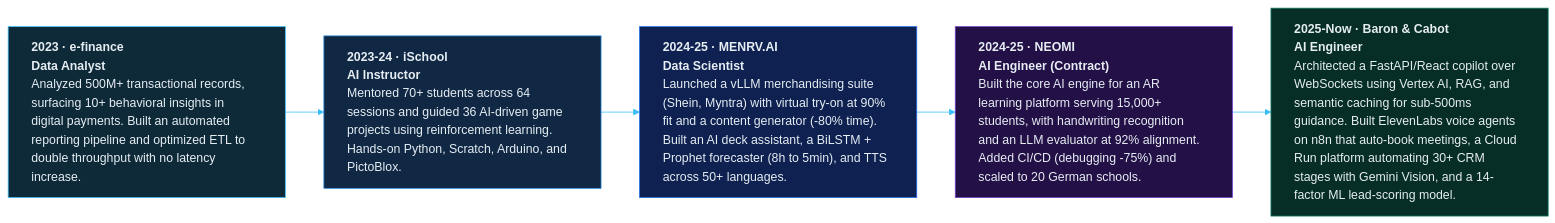
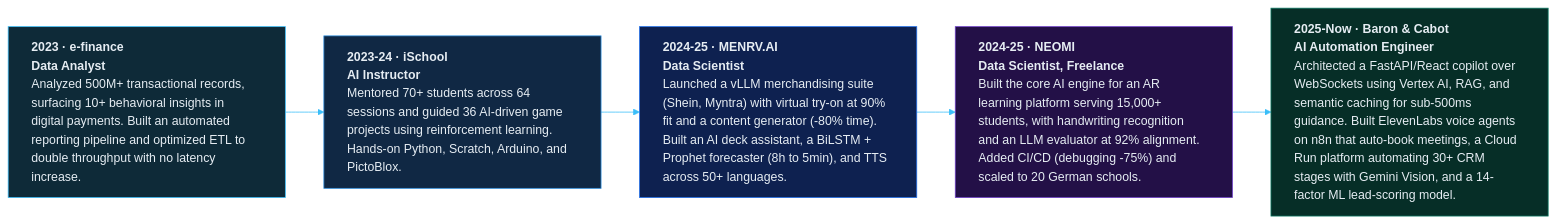
One commit to eyadelfar/eyadelfar.github.io changed the first of 2 diagrams in github_readme.md. Above: the diagram before and after it, drawn with Mermaid. The commit also changed other lines of this file and 9 other files, not shown here.

First line of the commit message:
Default landing = portfolio; consolidate graph videos; add .gitignore

````diff
--- a/github_readme.md
+++ b/github_readme.md
@@ -75,17 +76,17 @@
 ```mermaid
 %%{init: {'theme':'base','flowchart':{'wrappingWidth':300},'themeVariables':{'fontFamily':'monospace','lineColor':'#3ABEF9'}}}%%
 flowchart LR
     E["<b>2023 · e-finance</b><br/><b>Data Analyst</b><br/>Analyzed 500M+ transactional records, surfacing 10+ behavioral insights in digital payments. Built an automated reporting pipeline and optimized ETL to double throughput with no latency increase."]:::c0
     I["<b>2023-24 · iSchool</b><br/><b>AI Instructor</b><br/>Mentored 70+ students across 64 sessions and guided 36 AI-driven game projects using reinforcement learning. Hands-on Python, Scratch, Arduino, and PictoBlox."]:::c1
     M["<b>2024-25 · MENRV.AI</b><br/><b>Data Scientist</b><br/>Launched a vLLM merchandising suite (Shein, Myntra) with virtual try-on at 90% fit and a content generator (-80% time). Built an AI deck assistant, a BiLSTM + Prophet forecaster (8h to 5min), and TTS across 50+ languages."]:::c2
-    N["<b>2024-25 · NEOMI</b><br/><b>AI Engineer (Contract)</b><br/>Built the core AI engine for an AR learning platform serving 15,000+ students, with handwriting recognition and an LLM evaluator at 92% alignment. Added CI/CD (debugging -75%) and scaled to 20 German schools."]:::c3
-    B["<b>2025-Now · Baron & Cabot</b><br/><b>AI Engineer</b><br/>Architected a FastAPI/React copilot over WebSockets using Vertex AI, RAG, and semantic caching for sub-500ms guidance. Built ElevenLabs voice agents on n8n that auto-book meetings, a Cloud Run platform automating 30+ CRM stages with Gemini Vision, and a 14-factor ML lead-scoring model."]:::c4
+    N["<b>2024-25 · NEOMI</b><br/><b>Data Scientist, Freelance</b><br/>Built the core AI engine for an AR learning platform serving 15,000+ students, with handwriting recognition and an LLM evaluator at 92% alignment. Added CI/CD (debugging -75%) and scaled to 20 German schools."]:::c3
+    B["<b>2025-Now · Baron & Cabot</b><br/><b>AI Automation Engineer</b><br/>Architected a FastAPI/React copilot over WebSockets using Vertex AI, RAG, and semantic caching for sub-500ms guidance. Built ElevenLabs voice agents on n8n that auto-book meetings, a Cloud Run platform automating 30+ CRM stages with Gemini Vision, and a 14-factor ML lead-scoring model."]:::c4
 
     E --> I --> M --> N --> B
 
     classDef c0 fill:#0E2A38,stroke:#3ABEF9,color:#E6EDF3,text-align:left;
     classDef c1 fill:#102844,stroke:#2D8FE0,color:#E6EDF3,text-align:left;
     classDef c2 fill:#0E2150,stroke:#1F6FEB,color:#E6EDF3,text-align:left;
     classDef c3 fill:#231047,stroke:#6E40C9,color:#E6EDF3,text-align:left;
     classDef c4 fill:#062E27,stroke:#0E7C66,color:#E6EDF3,text-align:left;
 ```
````
